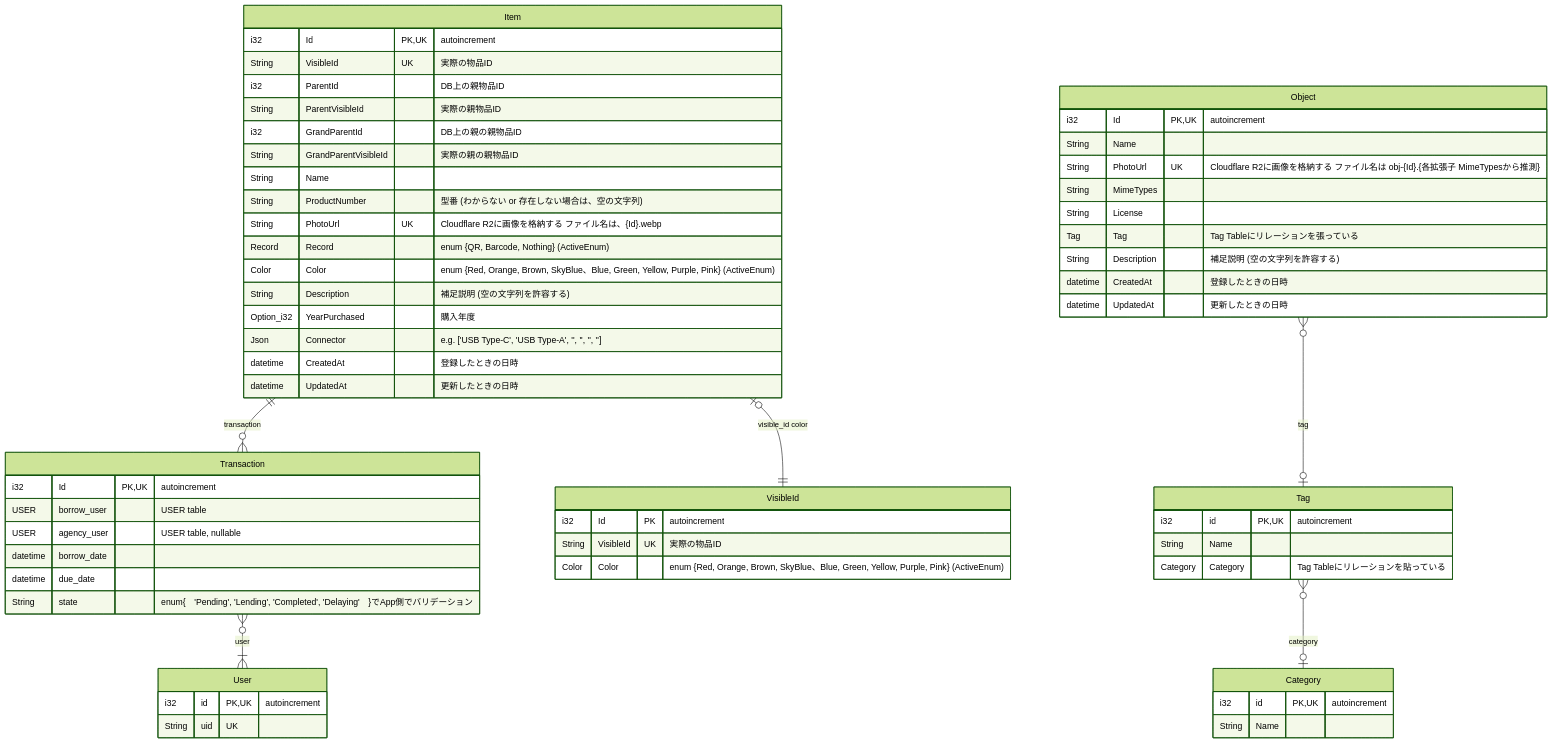
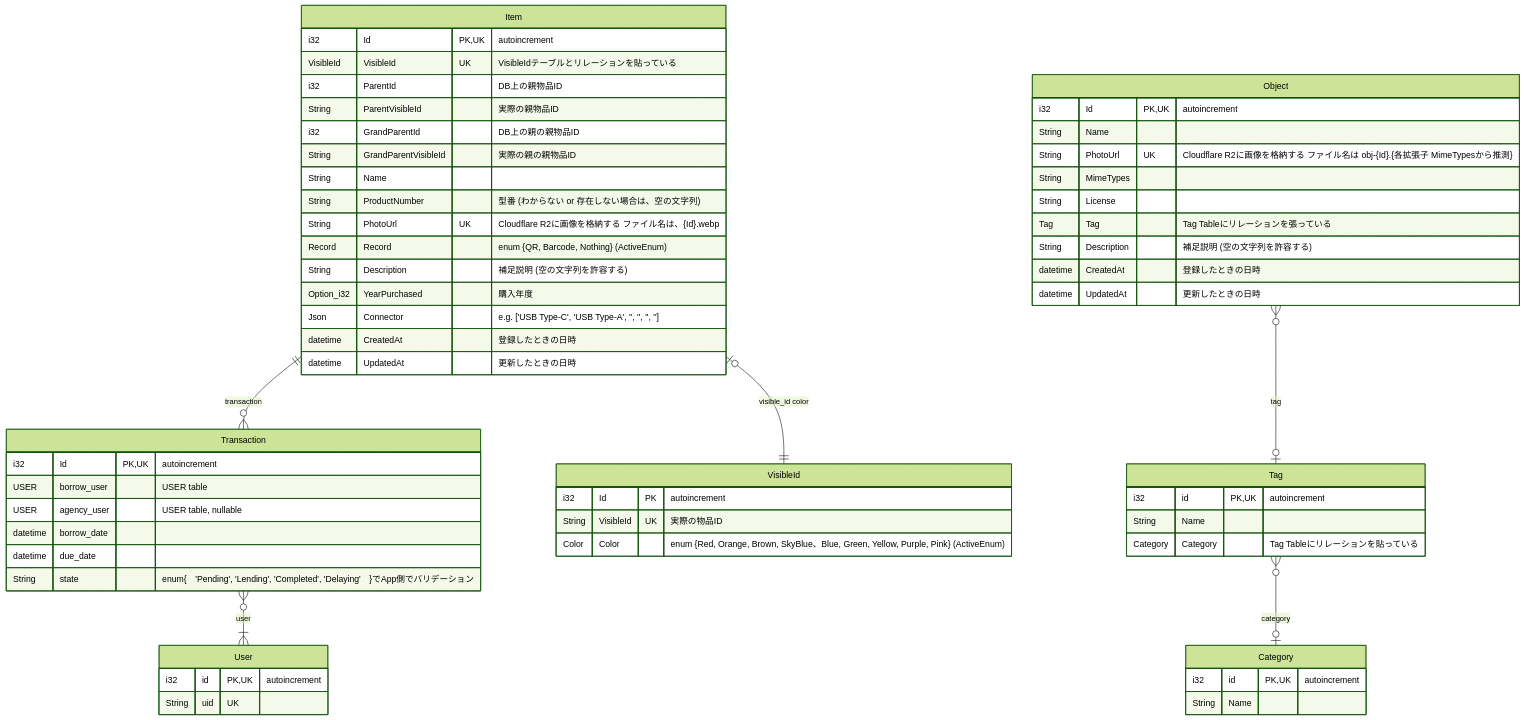
The second of 2 diagrams in README.md (Myxogastria0808/DashiShoyu), drawn with Mermaid (forest theme) before and after one commit.

````diff
--- a/README.md
+++ b/README.md
@@ -246,69 +246,68 @@
 ```mermaid
 erDiagram
     Item ||--o{ Transaction : transaction
     Transaction }o--|{ User : user
     Item |o--|| VisibleId : "visible_id color"
     Item {
         i32 Id PK, UK "autoincrement"
-        String VisibleId UK "実際の物品ID"
+        VisibleId VisibleId UK "VisibleIdテーブルとリレーションを貼っている"
         i32 ParentId "DB上の親物品ID"
         String ParentVisibleId "実際の親物品ID"
         i32 GrandParentId "DB上の親の親物品ID"
         String GrandParentVisibleId "実際の親の親物品ID"
         String Name
         String ProductNumber "型番 (わからない or 存在しない場合は、空の文字列)"
         String PhotoUrl UK "Cloudflare R2に画像を格納する ファイル名は、{Id}.webp"
         Record Record "enum {QR, Barcode, Nothing} (ActiveEnum)"
-        Color Color "enum {Red, Orange, Brown, SkyBlue、Blue, Green, Yellow, Purple, Pink} (ActiveEnum)"
         String Description　"補足説明 (空の文字列を許容する)"
         Option_i32 YearPurchased "購入年度"
         Json Connector　"e.g. ['USB Type-C', 'USB Type-A', '', '', '', '']"
         datetime CreatedAt "登録したときの日時"
         datetime UpdatedAt "更新したときの日時"
     }
 
-        VisibleId {
+    VisibleId {
         i32 Id PK "autoincrement"
         String VisibleId UK "実際の物品ID"
         Color Color "enum {Red, Orange, Brown, SkyBlue、Blue, Green, Yellow, Purple, Pink} (ActiveEnum)"
     }
 
     Transaction {
         i32 Id PK, UK "autoincrement"
         USER borrow_user "USER table"
         USER agency_user "USER table, nullable"
         datetime borrow_date
         datetime due_date
         String state "enum{　'Pending', 'Lending', 'Completed', 'Delaying'　}でApp側でバリデーション"
     }
 
     User {
         i32 id PK, UK "autoincrement"
         String uid UK
     }
 
     Object }o--o| Tag : tag
     Tag }o--o| Category : category
     Object {
         i32 Id PK, UK "autoincrement"
         String Name
         String PhotoUrl UK "Cloudflare R2に画像を格納する ファイル名は obj-{Id}.{各拡張子 MimeTypesから推測}"
         String MimeTypes
         String License
         Tag Tag "Tag Tableにリレーションを張っている"
         String Description "補足説明 (空の文字列を許容する)"
         datetime CreatedAt "登録したときの日時"
         datetime UpdatedAt "更新したときの日時"
     }
 
     Tag {
         i32 id PK, UK "autoincrement"
         String Name
         Category Category "Tag Tableにリレーションを貼っている"
     }
 
     Category {
         i32 id PK, UK "autoincrement"
         String Name
     }
 ```
````
